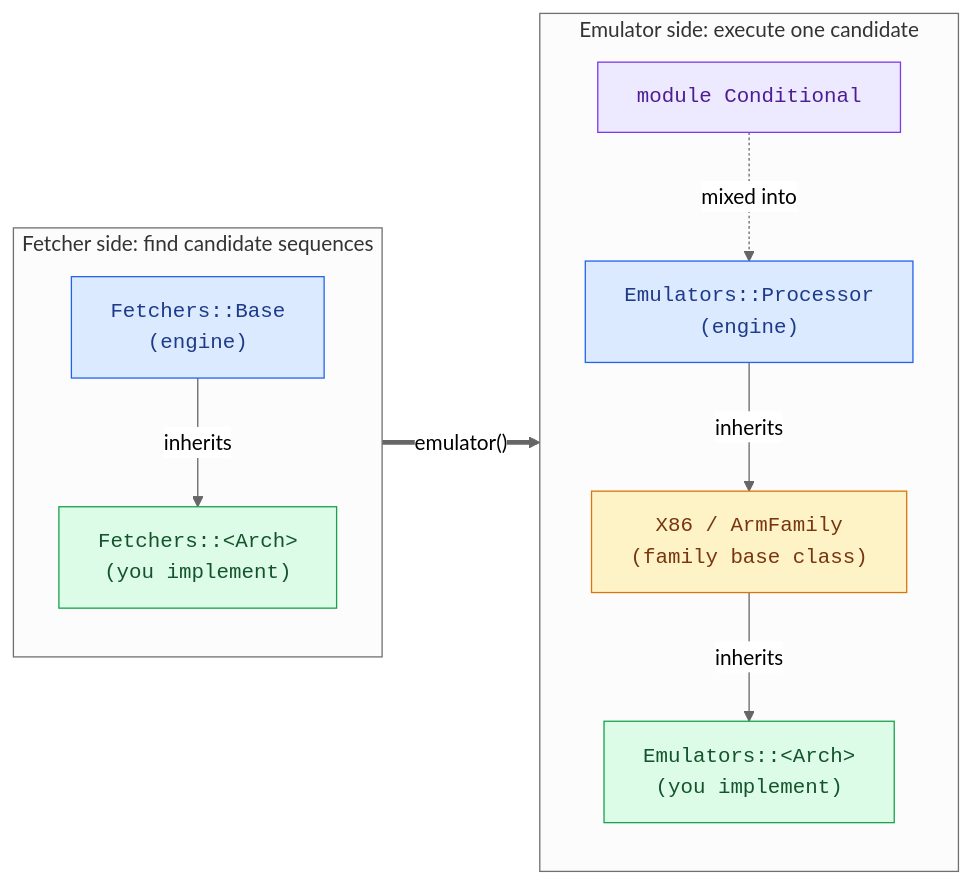
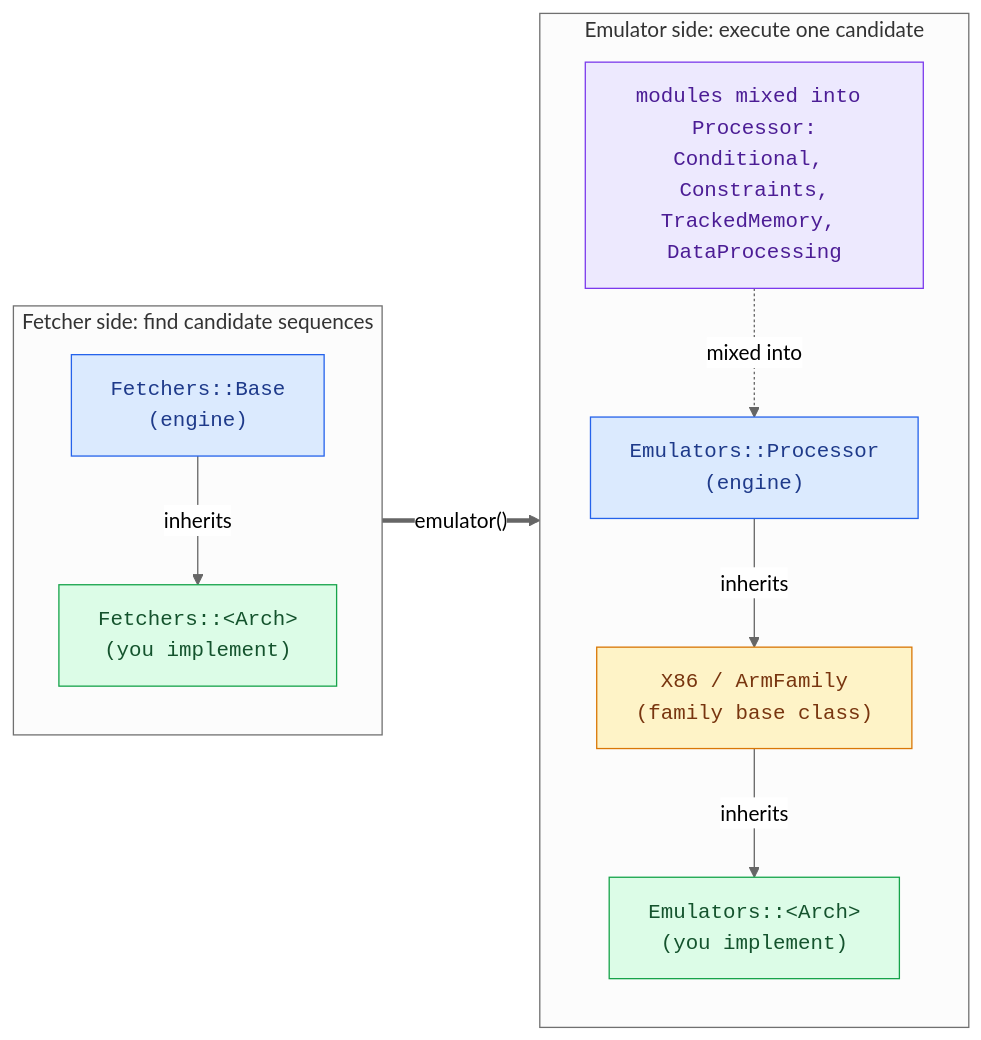
Before and after one commit to david942j/one_gadget: the first of 2 diagrams in docs/adding-an-architecture.md, drawn with Mermaid (neutral theme). The commit also changed other lines of this file and 5 other files, not shown here.

First line of the commit message:
Split Processor's three self-contained concerns into modules (#416)

````diff
--- a/docs/adding-an-architecture.md
+++ b/docs/adding-an-architecture.md
@@ -25,25 +25,25 @@
 ```mermaid
 flowchart LR
   classDef engine fill:#dbeafe,stroke:#2563eb,color:#1e3a8a,font-family:monospace
   classDef arch fill:#dcfce7,stroke:#16a34a,color:#14532d,font-family:monospace
   classDef mixin fill:#ede9fe,stroke:#7c3aed,color:#4c1d95,font-family:monospace
   classDef family fill:#fef3c7,stroke:#d97706,color:#78350f,font-family:monospace
 
   subgraph FE["Fetcher side: find candidate sequences"]
     direction TB
     FB["Fetchers::Base<br/>(engine)"]:::engine
     FA["Fetchers::&lt;Arch&gt;<br/>(you implement)"]:::arch
     FB -->|inherits| FA
   end
   subgraph EM["Emulator side: execute one candidate"]
     direction TB
     EP["Emulators::Processor<br/>(engine)"]:::engine
-    CO["module Conditional"]:::mixin
+    CO["modules mixed into Processor:<br/>Conditional, Constraints,<br/>TrackedMemory, DataProcessing"]:::mixin
     FAM["X86 / ArmFamily<br/>(family base class)"]:::family
     EA["Emulators::&lt;Arch&gt;<br/>(you implement)"]:::arch
     EP -->|inherits| FAM
     FAM -->|inherits| EA
     CO -.->|mixed into| EP
   end
   FA ==>|"emulator()"| EA
 ```
````
